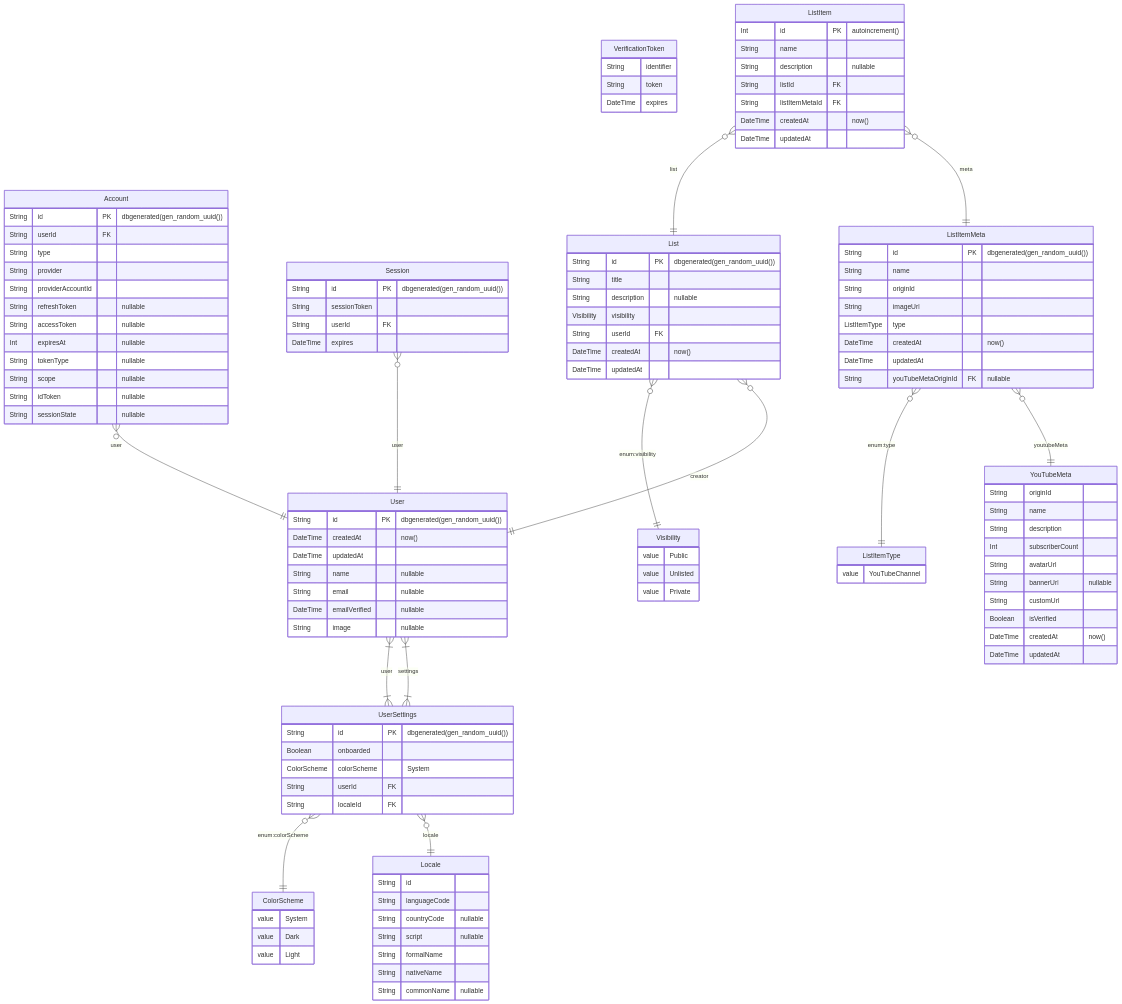
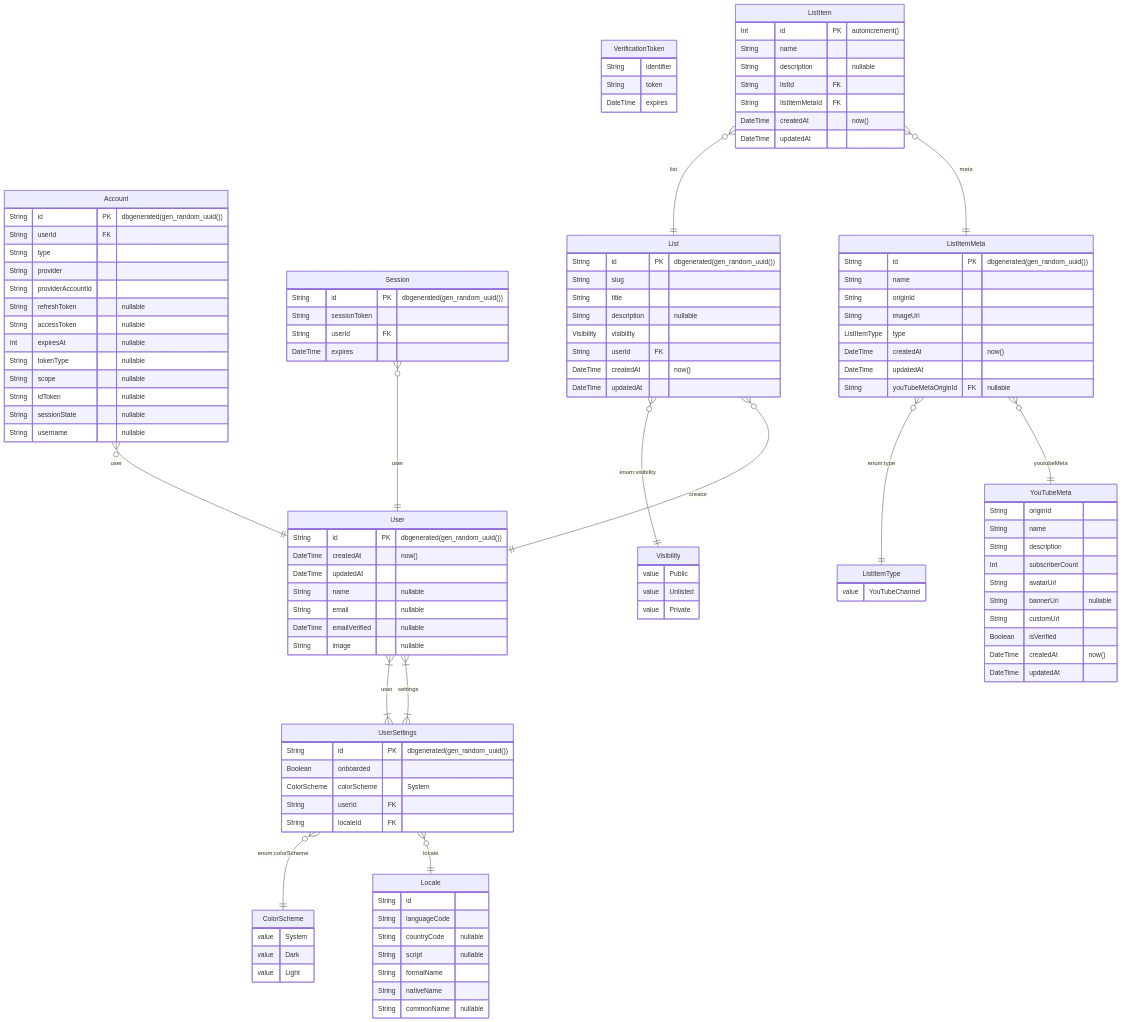
Before and after one commit to CodingGarden/listd: the diagram in prisma/ERD.md, drawn with Mermaid. The commit also changed 28 other files, not shown here.

```diff
--- a/prisma/ERD.md
+++ b/prisma/ERD.md
@@ -51,6 +51,7 @@
 		String scope  "nullable"
 		String idToken  "nullable"
 		String sessionState  "nullable"
+		String username  "nullable"
 	}
 	Session {
 		String id PK  "dbgenerated(gen_random_uuid())"
@@ -65,6 +66,7 @@
 	}
 	List {
 		String id PK  "dbgenerated(gen_random_uuid())"
+		String slug
 		String title
 		String description  "nullable"
 		Visibility visibility
```
